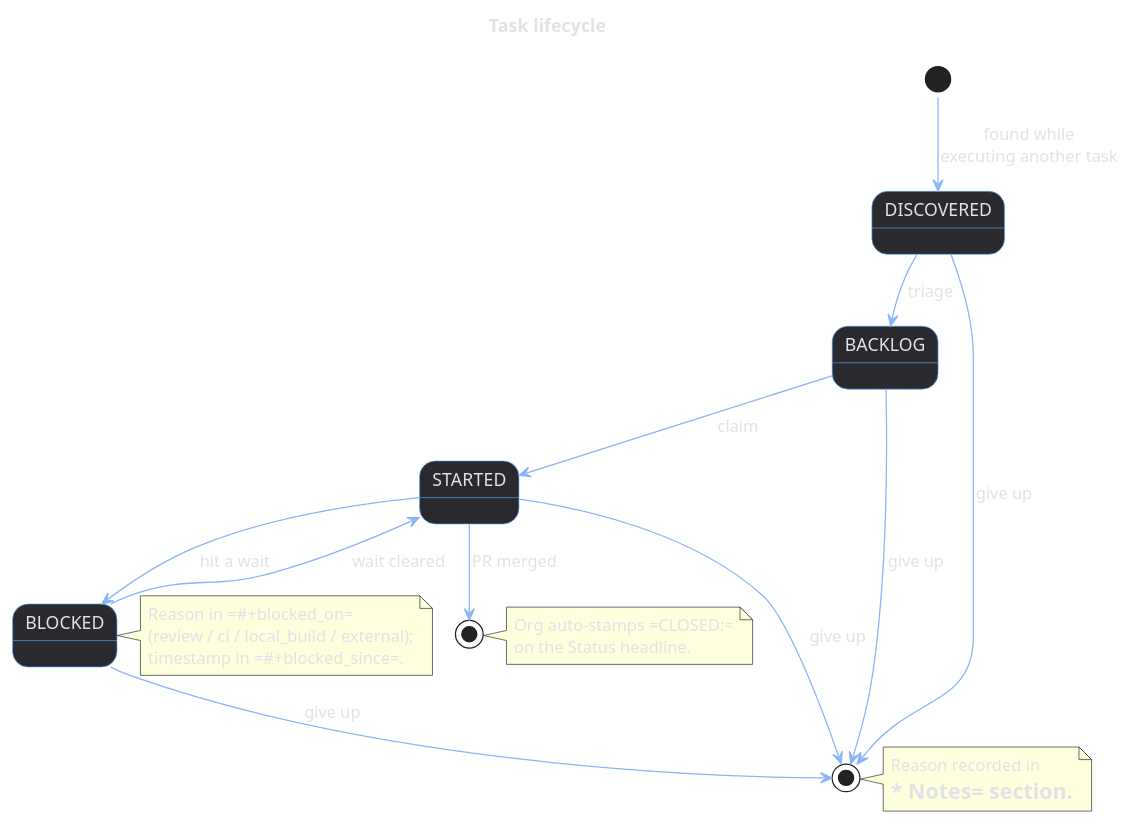
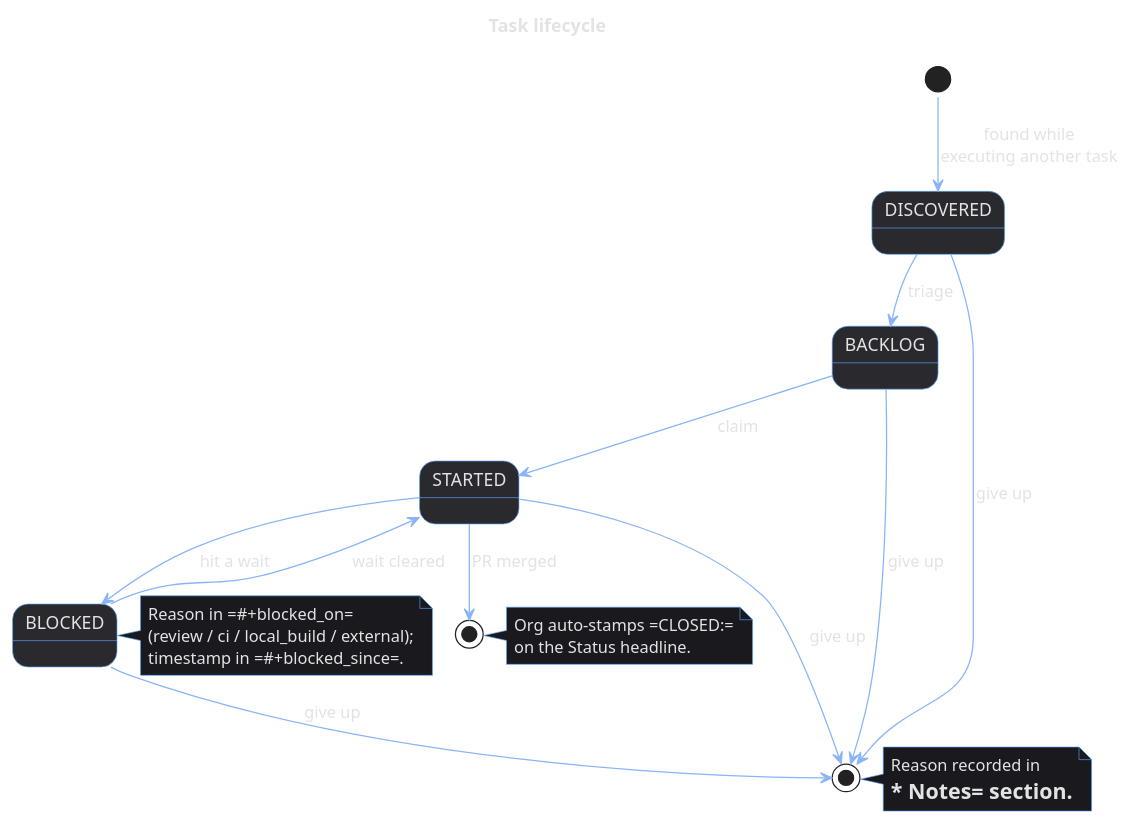
The diagram in doc/meta/task_lifecycle.puml (OreStudio/OreStudio), drawn with PlantUML before and after one commit. The commit also changed 1 other file, not shown here.

Commit message:
[doc] Task lifecycle diagram: readable note colours
The default yellow note background combined with the dark-theme light
foreground rendered the notes illegible. Added a skinparam note block
matching the rest of the diagram (dark background, light text, blue
border). Re-rendered.

```diff
--- a/doc/meta/task_lifecycle.puml
+++ b/doc/meta/task_lifecycle.puml
@@ -13,53 +13,58 @@
 @startuml
 !pragma layout smetana
 
 title Task lifecycle
 
 skinparam state {
     BackgroundColor #2A2A2E
     BorderColor #58A6FF
     FontColor #E3E3E6
     AttributeFontColor #A1A1AA
     ArrowColor #8AB4F8
     ArrowFontColor #E3E3E6
     StartColor #58A6FF
     EndColor #58A6FF
+}
+skinparam note {
+    BackgroundColor #1A1A1E
+    BorderColor #58A6FF
+    FontColor #E3E3E6
 }
 skinparam BackgroundColor transparent
 skinparam DefaultFontColor #E3E3E6
 
 state DISCOVERED
 state BACKLOG
 state STARTED
 state BLOCKED
 state DONE      <<end>>
 state ABANDONED <<end>>
 
 [*]         --> DISCOVERED : found while\nexecuting another task
 DISCOVERED  --> BACKLOG    : triage
 BACKLOG     --> STARTED    : claim
 STARTED     --> BLOCKED    : hit a wait
 BLOCKED     --> STARTED    : wait cleared
 STARTED     --> DONE       : PR merged
 DISCOVERED  --> ABANDONED  : give up
 BACKLOG     --> ABANDONED  : give up
 STARTED     --> ABANDONED  : give up
 BLOCKED     --> ABANDONED  : give up
 
 note right of BLOCKED
   Reason in =#+blocked_on=
   (review / ci / local_build / external);
   timestamp in =#+blocked_since=.
 end note
 
 note right of DONE
   Org auto-stamps =CLOSED:=
   on the Status headline.
 end note
 
 note right of ABANDONED
   Reason recorded in
   =* Notes= section.
 end note
 
 @enduml
```
